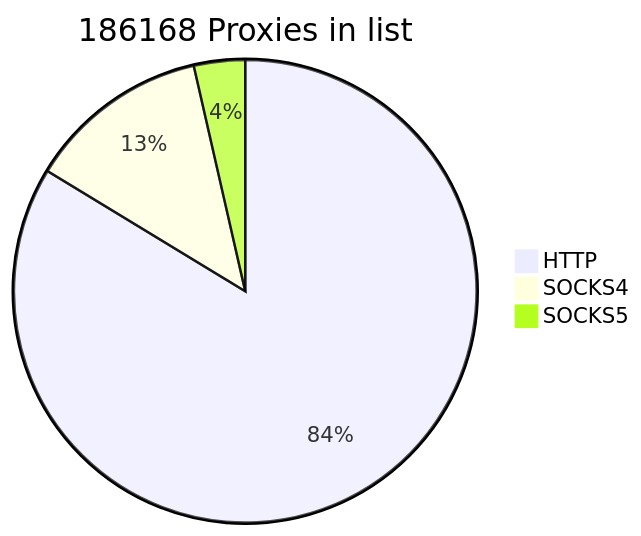
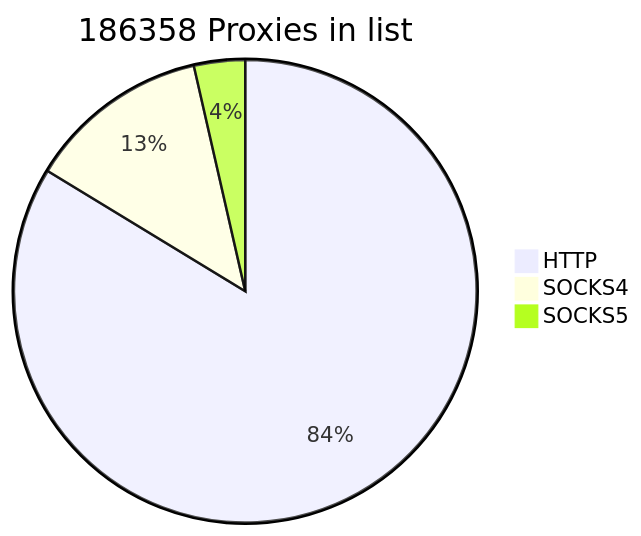
The first of 2 diagrams in README.md (cutipu/proxylist), drawn with Mermaid before and after one commit. The commit also changed other lines of this file, not shown here.

````diff
--- a/README.md
+++ b/README.md
@@ -2,7 +2,7 @@
 ```mermaid
-pie title 186168 Proxies in list
-    "HTTP" : 155801
+pie title 186358 Proxies in list
+    "HTTP" : 155991
     "SOCKS4" : 23712
     "SOCKS5" : 6655
             
 ```
````
